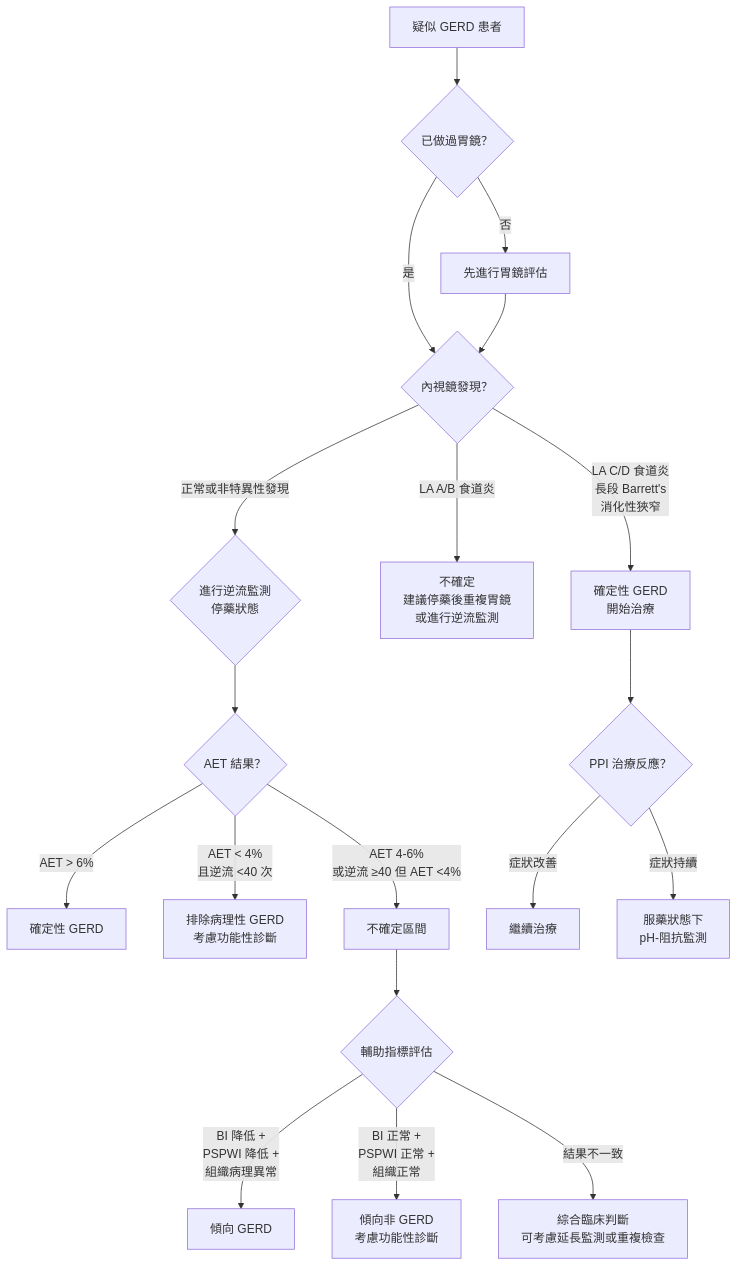
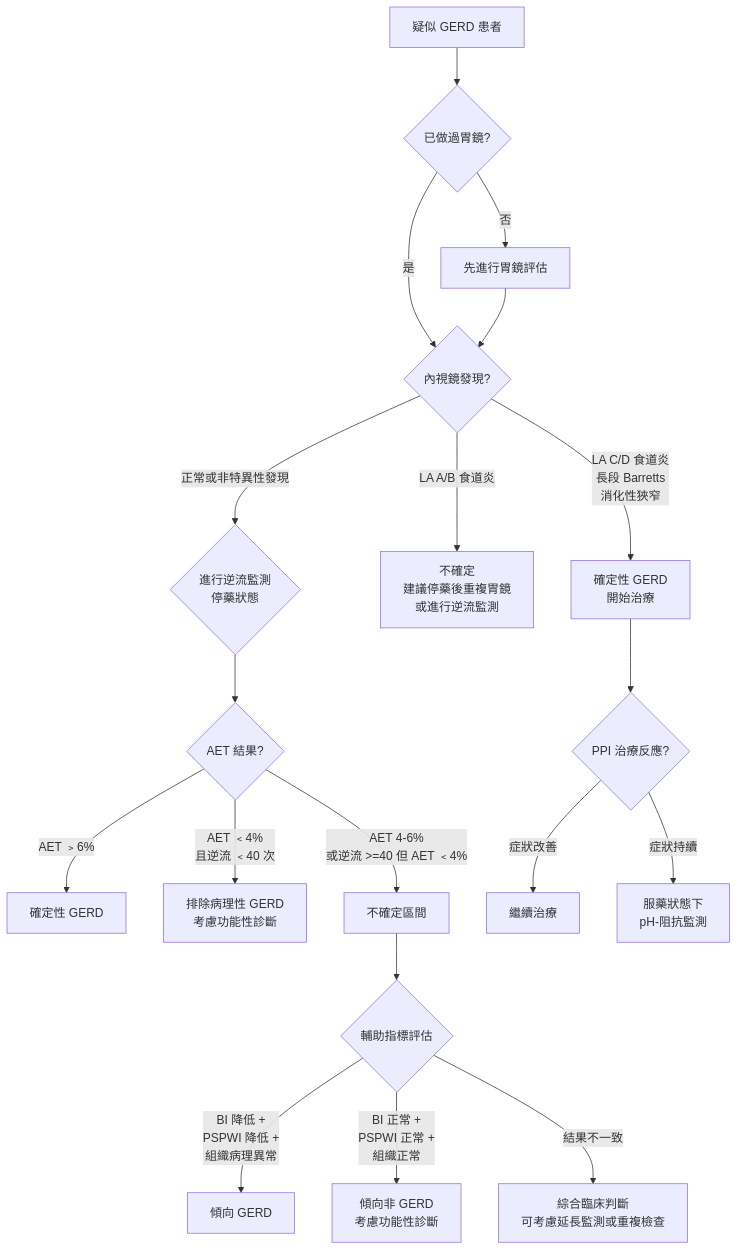
Before and after one commit to dontchangela-bit/esophageal-education: the diagram in 食道功能檢查/進階版/03_Lyon共識2.0與GERD診斷.md, drawn with Mermaid. The commit also changed 59 other files, not shown here.

First line of the commit message:
Fix Mermaid v11.13 syntax errors across all esophageal files

````diff
--- a/食道功能檢查/進階版/03_Lyon共識2.0與GERD診斷.md
+++ b/食道功能檢查/進階版/03_Lyon共識2.0與GERD診斷.md
@@ -155,27 +155,27 @@
 ```mermaid
 flowchart TD
-    A[疑似 GERD 患者] --> B{已做過胃鏡？}
+    A[疑似 GERD 患者] --> B{已做過胃鏡?}
 
-    B -->|是| C{內視鏡發現？}
+    B -->|是| C{內視鏡發現?}
     B -->|否| B1[先進行胃鏡評估]
     B1 --> C
 
-    C -->|LA C/D 食道炎<br>長段 Barrett's<br>消化性狹窄| D[確定性 GERD<br>開始治療]
-    C -->|LA A/B 食道炎| E[不確定<br>建議停藥後重複胃鏡<br>或進行逆流監測]
-    C -->|正常或非特異性發現| F{進行逆流監測<br>停藥狀態}
+    C -->|LA C/D 食道炎<br/>長段 Barretts<br/>消化性狹窄| D[確定性 GERD<br/>開始治療]
+    C -->|LA A/B 食道炎| E[不確定<br/>建議停藥後重複胃鏡<br/>或進行逆流監測]
+    C -->|正常或非特異性發現| F{進行逆流監測<br/>停藥狀態}
 
-    F --> G{AET 結果？}
+    F --> G{AET 結果?}
 
-    G -->|AET > 6%| H[確定性 GERD]
-    G -->|AET < 4%<br>且逆流 <40 次| I[排除病理性 GERD<br>考慮功能性診斷]
-    G -->|AET 4-6%<br>或逆流 ≥40 但 AET <4%| J[不確定區間]
+    G -->|AET ﹥6%| H[確定性 GERD]
+    G -->|AET ﹤4%<br/>且逆流 ﹤40 次| I[排除病理性 GERD<br/>考慮功能性診斷]
+    G -->|AET 4-6%<br/>或逆流 >=40 但 AET ﹤4%| J[不確定區間]
 
     J --> K{輔助指標評估}
-    K -->|BI 降低 +<br>PSPWI 降低 +<br>組織病理異常| L[傾向 GERD]
-    K -->|BI 正常 +<br>PSPWI 正常 +<br>組織正常| M[傾向非 GERD<br>考慮功能性診斷]
-    K -->|結果不一致| N[綜合臨床判斷<br>可考慮延長監測或重複檢查]
+    K -->|BI 降低 +<br/>PSPWI 降低 +<br/>組織病理異常| L[傾向 GERD]
+    K -->|BI 正常 +<br/>PSPWI 正常 +<br/>組織正常| M[傾向非 GERD<br/>考慮功能性診斷]
+    K -->|結果不一致| N[綜合臨床判斷<br/>可考慮延長監測或重複檢查]
 
-    D --> O{PPI 治療反應？}
+    D --> O{PPI 治療反應?}
     O -->|症狀改善| P[繼續治療]
-    O -->|症狀持續| Q[服藥狀態下<br>pH-阻抗監測]
+    O -->|症狀持續| Q[服藥狀態下<br/>pH-阻抗監測]
 ```
````
